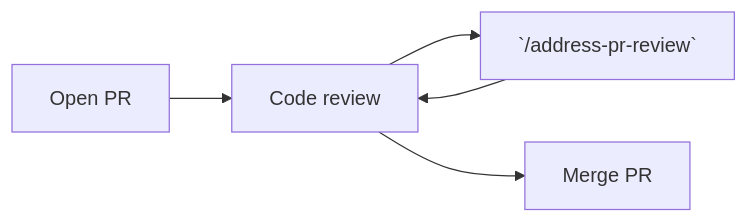
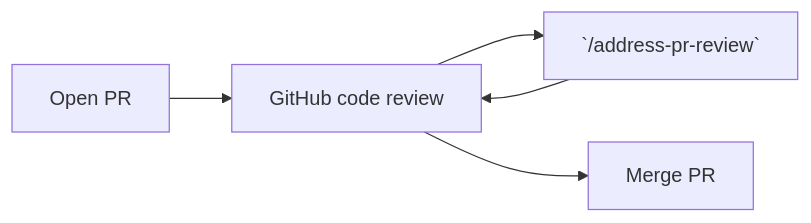
The diagram in README.md (mnapoli/skill-address-pr-review), drawn with Mermaid before and after one commit.

````diff
--- a/README.md
+++ b/README.md
@@ -5,7 +5,7 @@
 ```mermaid
 flowchart LR
-    A[Open PR] --> B[Code review]
+    A[Open PR] --> B[GitHub code review]
     B --> C[`/address-pr-review`]
     C --> B
     B --> D[Merge PR]
 ```
````
